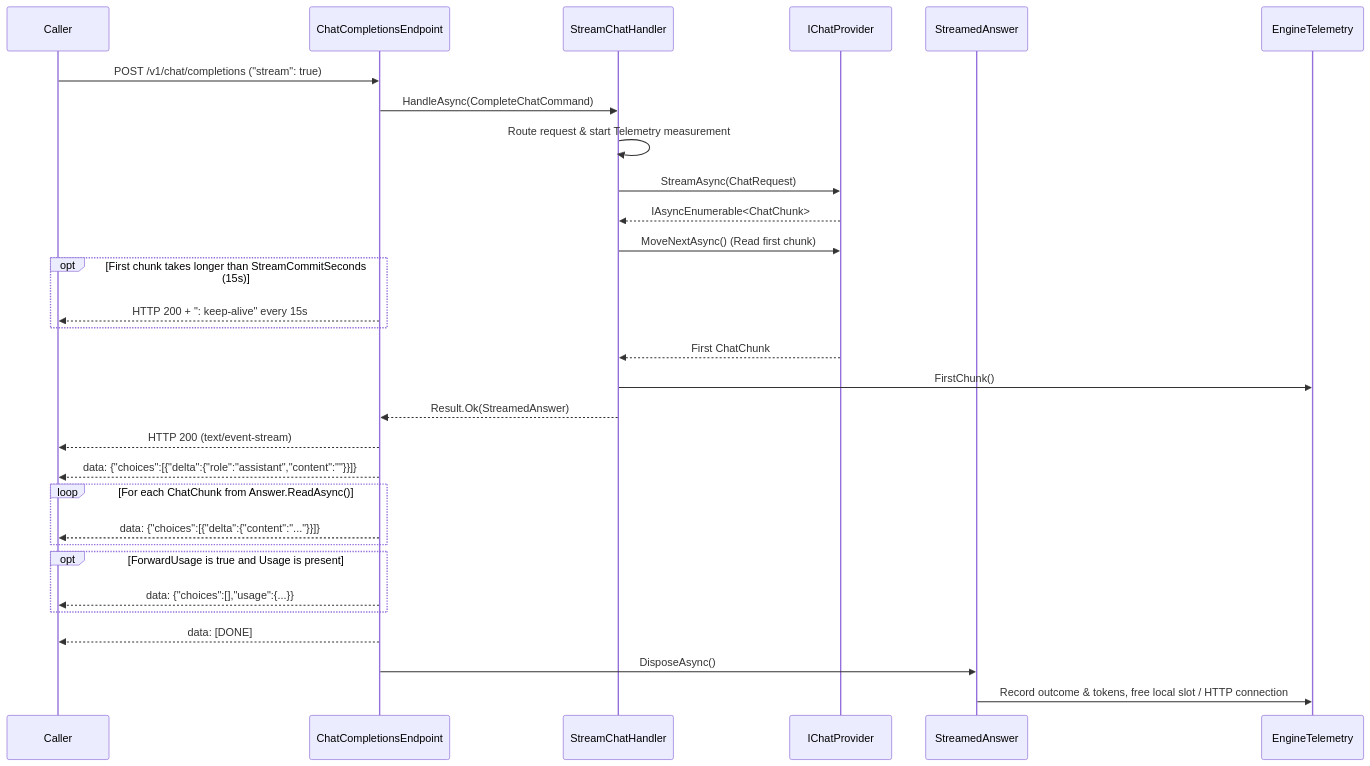
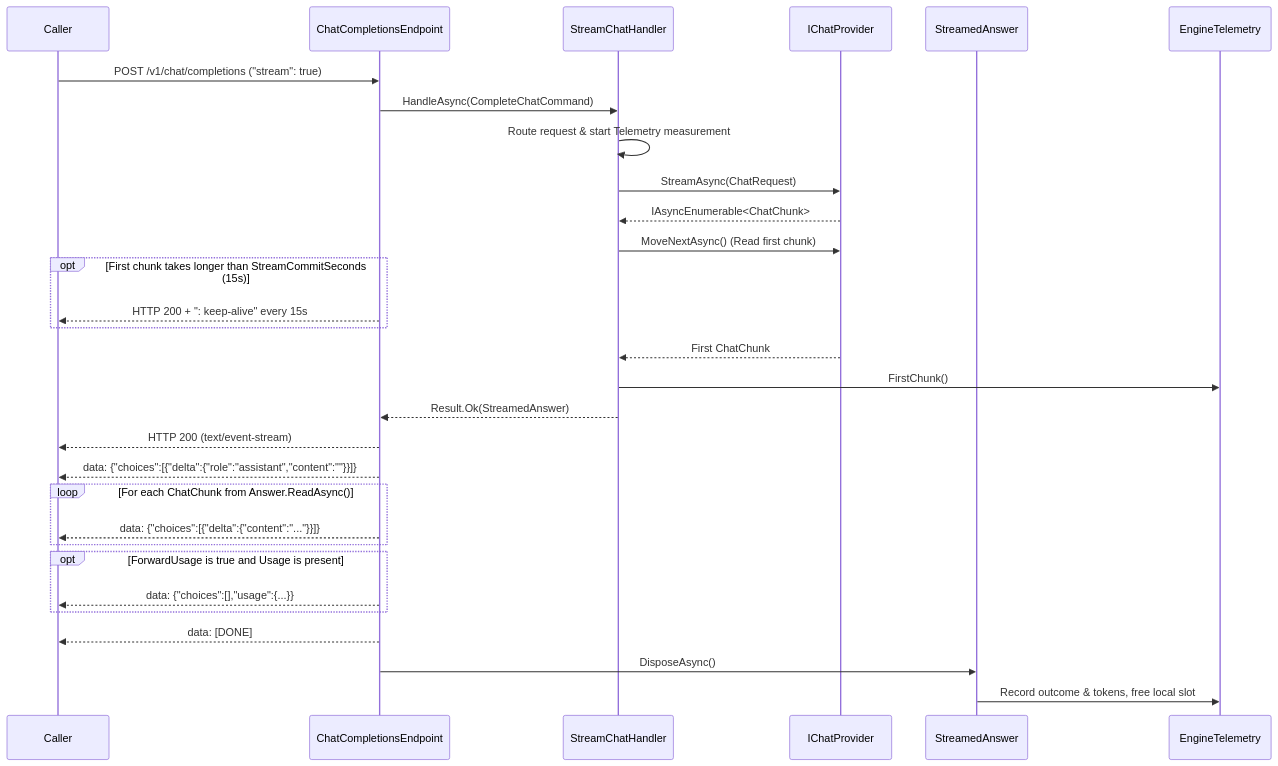
One commit to xatcap/xat-llm-engine changed the eighth of 9 diagrams in docs/architecture.md. Above: the diagram before and after it, drawn with Mermaid. The commit also changed other lines of this file and 77 other files, not shown here.

````diff
--- a/docs/architecture.md
+++ b/docs/architecture.md
@@ -274,33 +288,33 @@
 ```mermaid
 sequenceDiagram
     participant Caller
     participant Endpoint as ChatCompletionsEndpoint
     participant Handler as StreamChatHandler
     participant Provider as IChatProvider
     participant Answer as StreamedAnswer
     participant Telemetry as EngineTelemetry
 
     Caller->>Endpoint: POST /v1/chat/completions ("stream": true)
     Endpoint->>Handler: HandleAsync(CompleteChatCommand)
     Handler->>Handler: Route request & start Telemetry measurement
     Handler->>Provider: StreamAsync(ChatRequest)
     Provider-->>Handler: IAsyncEnumerable<ChatChunk>
     Handler->>Provider: MoveNextAsync() (Read first chunk)
     opt First chunk takes longer than StreamCommitSeconds (15s)
         Endpoint-->>Caller: HTTP 200 + ": keep-alive" every 15s
     end
     Provider-->>Handler: First ChatChunk
     Handler->>Telemetry: FirstChunk()
     Handler-->>Endpoint: Result.Ok(StreamedAnswer)
     Endpoint-->>Caller: HTTP 200 (text/event-stream)
     Endpoint-->>Caller: data: {"choices":[{"delta":{"role":"assistant","content":""}}]}
     loop For each ChatChunk from Answer.ReadAsync()
         Endpoint-->>Caller: data: {"choices":[{"delta":{"content":"..."}}]}
     end
     opt ForwardUsage is true and Usage is present
         Endpoint-->>Caller: data: {"choices":[],"usage":{...}}
     end
     Endpoint-->>Caller: data: [DONE]
     Endpoint->>Answer: DisposeAsync()
-    Answer->>Telemetry: Record outcome & tokens, free local slot / HTTP connection
+    Answer->>Telemetry: Record outcome & tokens, free local slot
 ```
````
